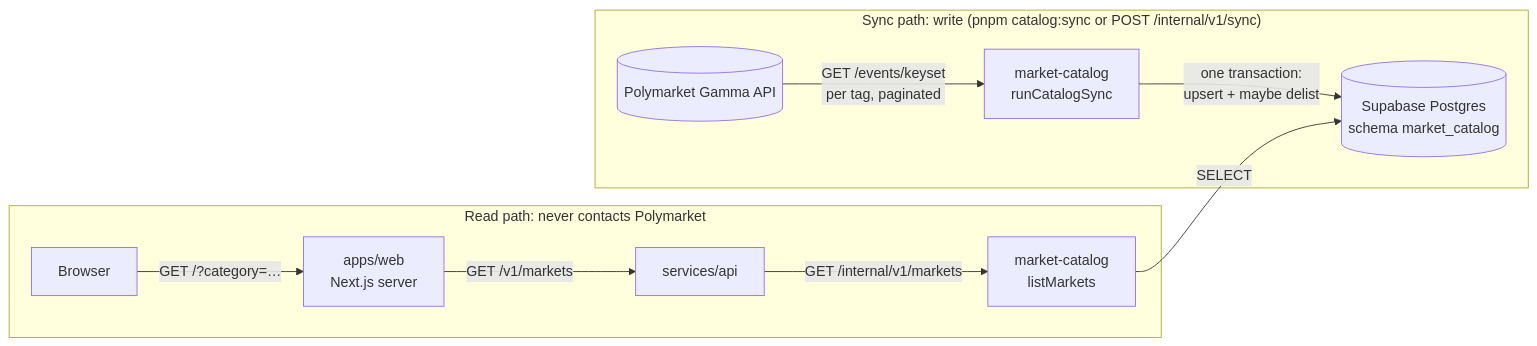
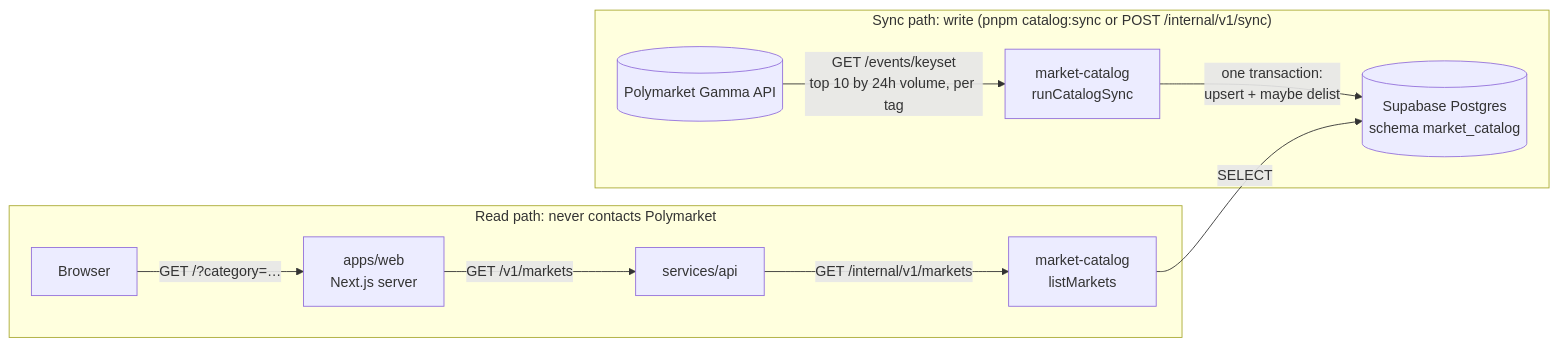
The diagram in README.md (liehhh/Paper-Prediction-Market), drawn with Mermaid before and after one commit. The commit also changed other lines of this file and 65 other files, not shown here.

````diff
--- a/README.md
+++ b/README.md
@@ -25,13 +26,13 @@
 ```mermaid
 flowchart LR
   subgraph SyncPath["Sync path: write (pnpm catalog:sync or POST /internal/v1/sync)"]
-    PM[(Polymarket Gamma API)] -->|GET /events/keyset<br/>per tag, paginated| CAT_SYNC[market-catalog<br/>runCatalogSync]
+    PM[(Polymarket Gamma API)] -->|GET /events/keyset<br/>top 10 by 24h volume, per tag| CAT_SYNC[market-catalog<br/>runCatalogSync]
     CAT_SYNC -->|one transaction:<br/>upsert + maybe delist| DB[(Supabase Postgres<br/>schema market_catalog)]
   end
   subgraph ReadPath["Read path: never contacts Polymarket"]
     B[Browser] -->|GET /?category=…| WEB[apps/web<br/>Next.js server]
     WEB -->|GET /v1/markets| API[services/api]
     API -->|GET /internal/v1/markets| CAT_READ[market-catalog<br/>listMarkets]
     CAT_READ -->|SELECT| DB
   end
 ```
````
